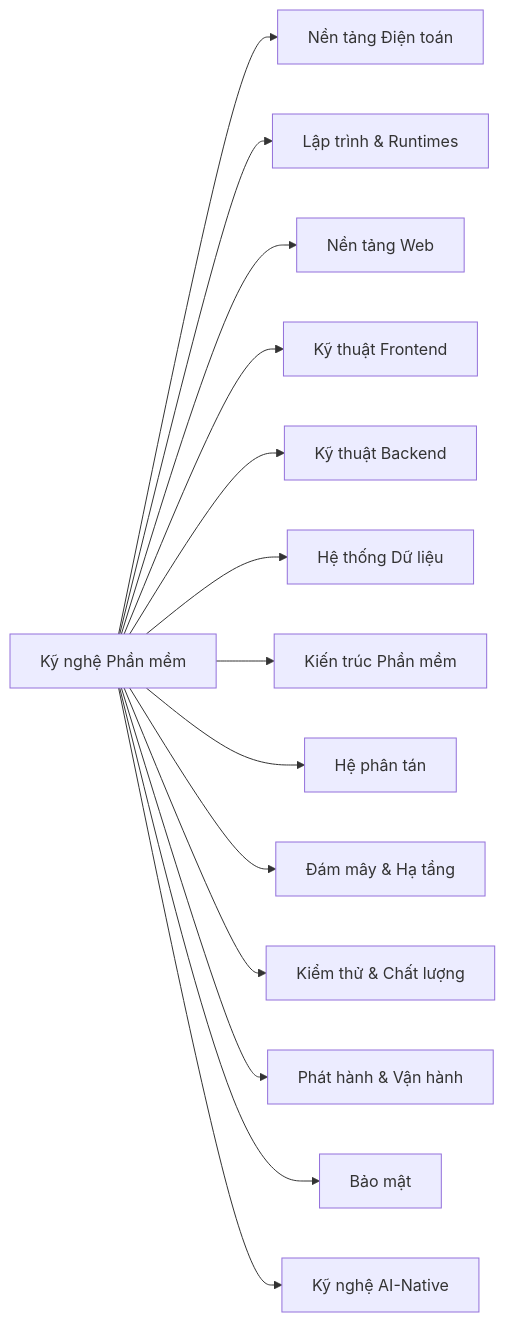
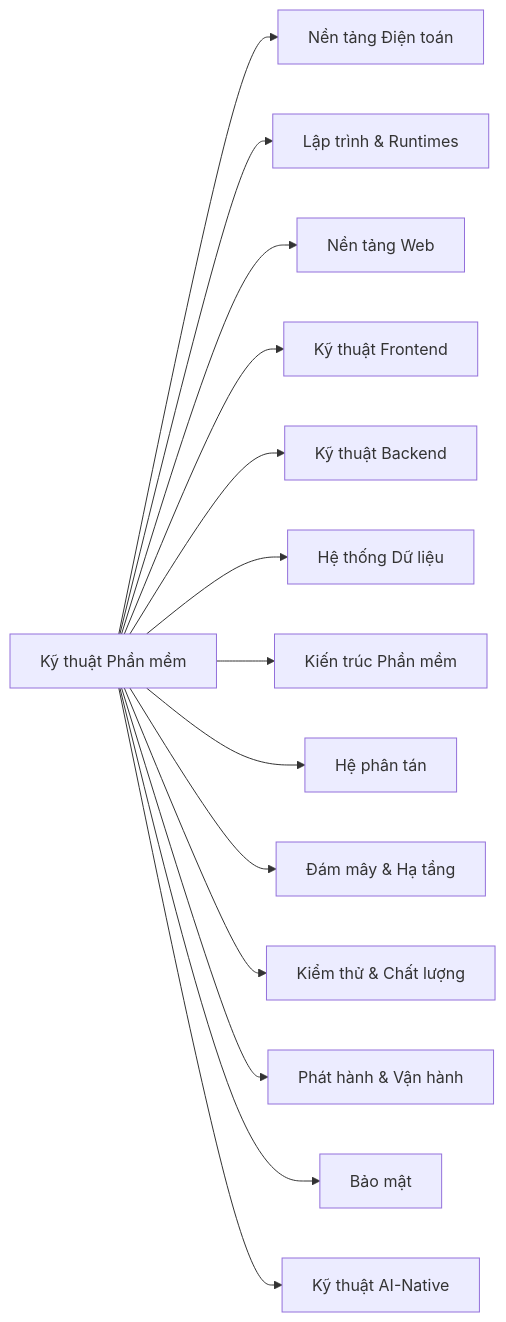
The diagram in content/docs/start-here/software-engineering-map.vi.mdx (thucne/software-development-atlas), drawn with Mermaid before and after one commit. The commit also changed other lines of this file and 71 other files, not shown here.

````diff
--- a/content/docs/start-here/software-engineering-map.vi.mdx
+++ b/content/docs/start-here/software-engineering-map.vi.mdx
@@ -41,16 +41,16 @@
 ```mermaid
 graph LR
-  A["Kỹ nghệ Phần mềm"] --> CF["Nền tảng Điện toán"]
+  A["Kỹ thuật Phần mềm"] --> CF["Nền tảng Điện toán"]
   A --> PR["Lập trình & Runtimes"]
   A --> WP["Nền tảng Web"]
   A --> FE["Kỹ thuật Frontend"]
   A --> BE["Kỹ thuật Backend"]
   A --> DS["Hệ thống Dữ liệu"]
   A --> SA["Kiến trúc Phần mềm"]
   A --> DIST["Hệ phân tán"]
   A --> CI["Đám mây & Hạ tầng"]
   A --> TQ["Kiểm thử & Chất lượng"]
   A --> DO["Phát hành & Vận hành"]
   A --> SEC["Bảo mật"]
-  A --> AI["Kỹ nghệ AI-Native"]
+  A --> AI["Kỹ thuật AI-Native"]
 ```
````
